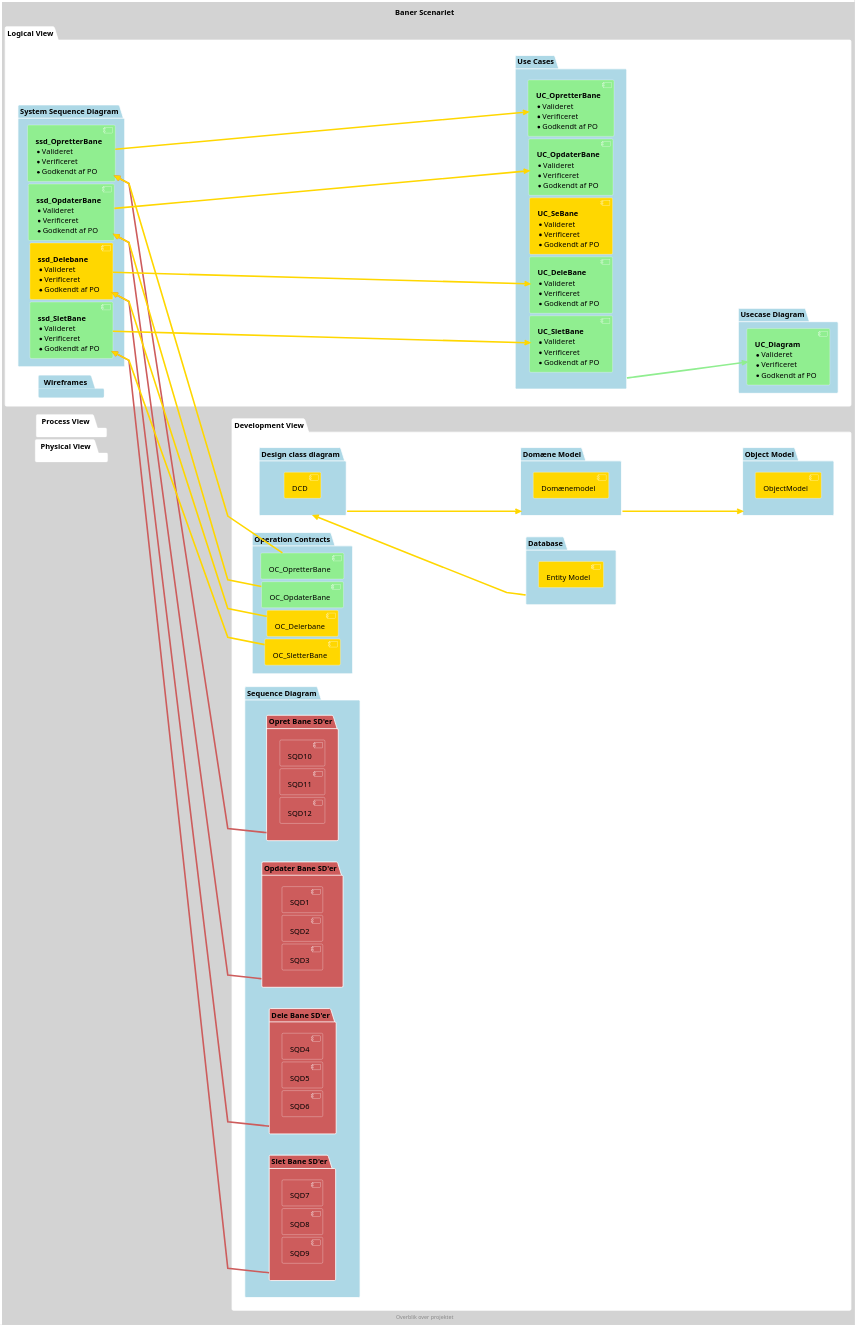
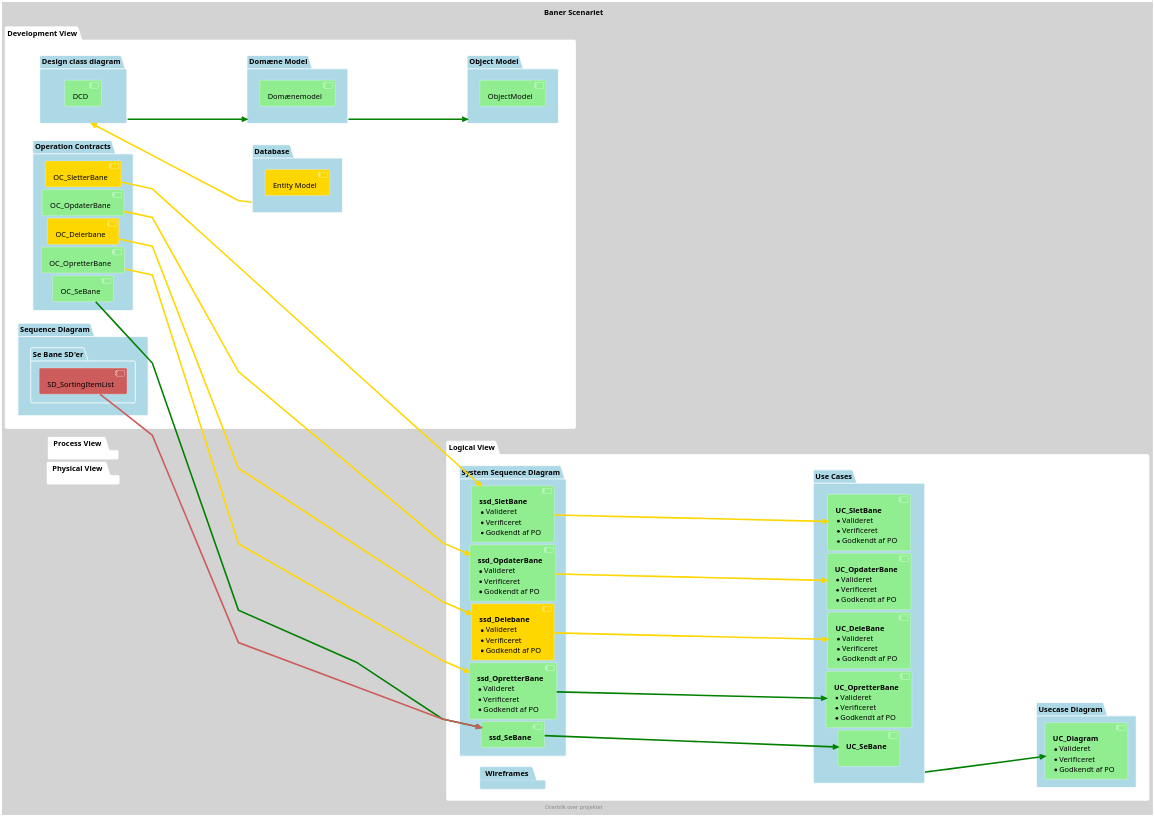
The diagram in Dokumentation/Scenarier/Baner/Overblik.wsd (Team-1-ucl/Team1_Projekt), drawn with PlantUML before and after one commit. The commit also changed 11 other files, not shown here.

```diff
--- a/Dokumentation/Scenarier/Baner/Overblik.wsd
+++ b/Dokumentation/Scenarier/Baner/Overblik.wsd
@@ -36,11 +36,9 @@
             * Verificeret
             * Godkendt af PO
         ]
-        component UC_SeBane  #Gold[
+        component UC_SeBane #LightGreen[
             **UC_SeBane**
-            * Valideret
-            * Verificeret
-            * Godkendt af PO
+            
         ]
         component UC_SletBane#LightGreen[
             **UC_SletBane**
@@ -83,8 +81,12 @@
             * Verificeret
             * Godkendt af PO
         ]
+        component ssd_SeBane #LightGreen [
+            **ssd_SeBane**
+        ]
+    
+    
     }
-        
 }
 
 package "Development View"{
@@ -93,7 +95,7 @@
     }
 
     package "Design class diagram" as DCDpackage#LightBlue{
-        [DCD] #Gold
+        [DCD] #LightGreen
 
     }
     package "Operation Contracts"#LightBlue{
@@ -113,65 +115,26 @@
         component OC_SletterBane#Gold{
             
         }
+        component OC_SeBane#LightGreen{
+            
+        }
 
         
     }
 
     package "Domæne Model" as DM #LightBlue{
-        component Domænemodel#Gold
+        component Domænemodel#LightGreen
     }
     package "Object Model" as OM #LightBlue{
-        component ObjectModel#Gold
+        component ObjectModel#LightGreen
     }
     package "Sequence Diagram" as SD #LightBlue {
-        package "Opdater Bane SD'er" as OpdaterBaneSD #IndianRed{
-            component SQD1#IndianRed{
+        package "Se Bane SD'er" as OpdaterBaneSD #LightBlue{
+            component SD_SortingItemList#IndianRed{
 
             }
-            component SQD2#IndianRed{
-
-            }
-            component SQD3#IndianRed{
-                
-            }
-
         }
-        package "Dele Bane SD'er" as DeleBaneSD #IndianRed{
-            component SQD4#IndianRed{
-
-            }
-            component SQD5#IndianRed{
-
-            }
-            component SQD6#IndianRed{
-                
-            }
-
-        }
-        package "Slet Bane SD'er" as SletBaneSD #IndianRed{
-            component SQD7#IndianRed{
-
-            }
-            component SQD8#IndianRed{
-
-            }
-            component SQD9#IndianRed{
-                
-            }
-
-        }
-        package "Opret Bane SD'er" as OpretBaneSD #IndianRed{
-            component SQD10#IndianRed{
-               
-            }
-            component SQD11#IndianRed{
-
-            }
-            component SQD12#IndianRed{
-                
-            }
-
-        }
+        
     }
 }
 
@@ -181,17 +144,17 @@
 package "Process View"{
     
 }
+
 DCDpackage <-[thickness=3]- DB #Gold
-DCDpackage -[thickness=3]-> DM #Gold
-DM -[thickness=3]-> OM #Gold
+DCDpackage -[thickness=3]-> DM #green
+DM -[thickness=3]-> OM #green
 
-UC_Diagram <-[thickness=3]u- UseCases #lightgreen
-ssd_Delebane <-[thickness=3]- DeleBaneSD #IndianRed
-ssd_OpdaterBane <-[thickness=3]- OpdaterBaneSD #IndianRed
-ssd_OpretterBane <-[thickness=3]- OpretBaneSD #IndianRed
-ssd_SletBane <-[thickness=3]- SletBaneSD #IndianRed
+
+
+UC_Diagram <-[thickness=3]u- UseCases #green
 
 OC_OpdaterBane --[thickness=3]-> ssd_OpdaterBane #Gold
+OC_SeBane --[thickness=3]-> ssd_SeBane #green
 
 OC_Delerbane -[thickness=3]-> ssd_Delebane #Gold
 OC_OpretterBane --[thickness=3]-> ssd_OpretterBane #Gold
@@ -199,7 +162,8 @@
 ssd_Delebane -[thickness=3]-> UC_DeleBane #Gold
 ssd_OpdaterBane --[thickness=3]-> UC_OpdaterBane #Gold
 ssd_SletBane -[thickness=3]-> UC_SletBane #Gold
-ssd_OpretterBane -[thickness=3]-> UC_OpretterBane #Gold
-
+ssd_OpretterBane -[thickness=3]-> UC_OpretterBane #green
+ssd_SeBane -[thickness=3]-> UC_SeBane #green
+SD_SortingItemList -[thickness=3]-> ssd_SeBane #IndianRed
 footer Overblik over projektet
 @enduml
```
